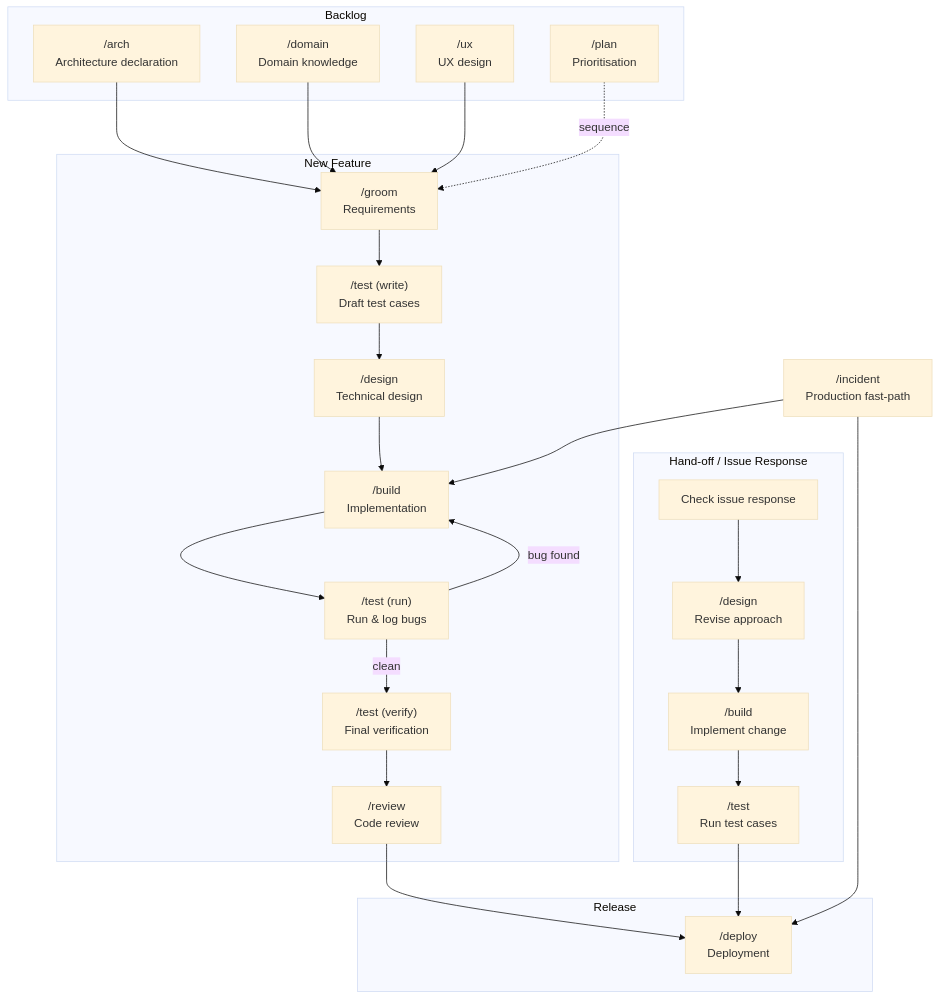
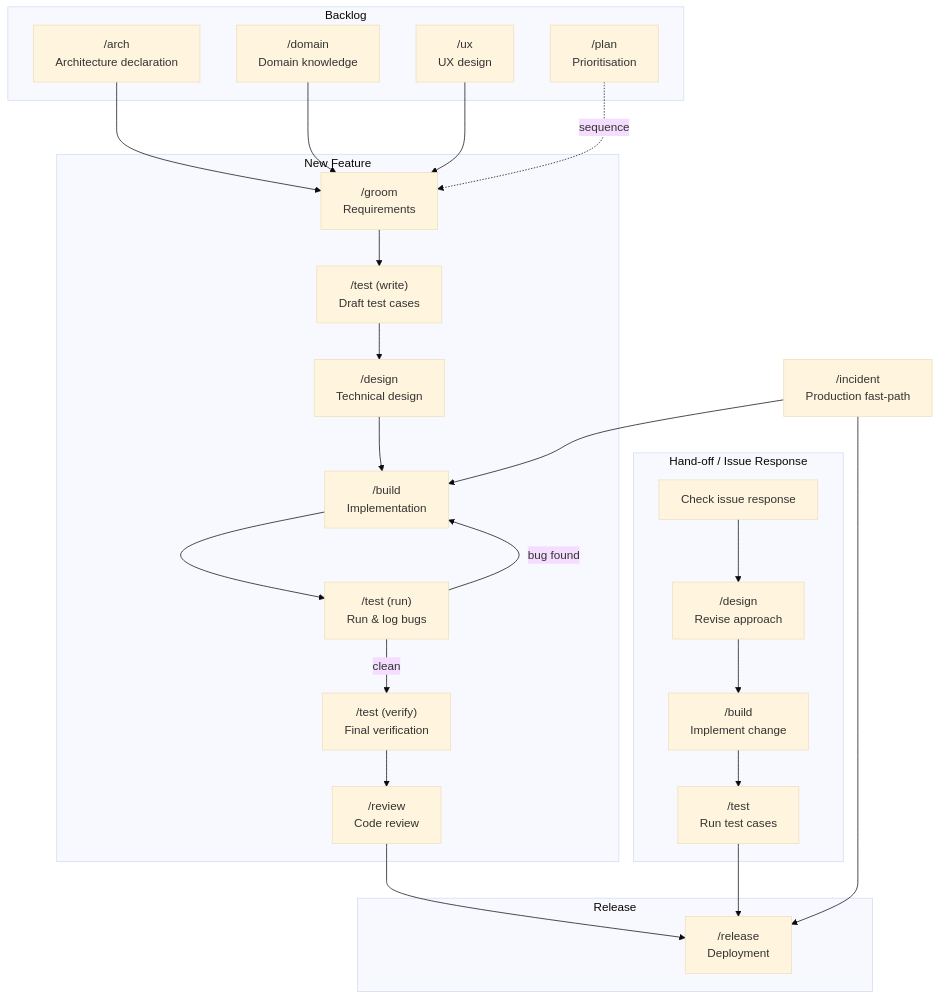
The diagram in README.md (the-psi/pai-orbit), drawn with Mermaid (base theme) before and after one commit. The commit also changed other lines of this file, not shown here.

First line of the commit message:
docs: update README for v1.3.0 — new commands, /release, /review security

````diff
--- a/README.md
+++ b/README.md
@@ -60,51 +62,51 @@
 ```mermaid
 flowchart TD
     subgraph BACKLOG["Backlog"]
         arch["/arch\nArchitecture declaration"]
         domain["/domain\nDomain knowledge"]
         ux["/ux\nUX design"]
         plan["/plan\nPrioritisation"]
     end
 
     subgraph FEATURE["New Feature"]
         groom["/groom\nRequirements"]
         testwrite["/test (write)\nDraft test cases"]
         design["/design\nTechnical design"]
         build["/build\nImplementation"]
         testrun["/test (run)\nRun & log bugs"]
         testverify["/test (verify)\nFinal verification"]
         review["/review\nCode review"]
     end
 
     subgraph HANDOFF["Hand-off / Issue Response"]
         issue["Check issue response"]
         design2["/design\nRevise approach"]
         build2["/build\nImplement change"]
         test2["/test\nRun test cases"]
     end
 
     subgraph RELEASE["Release"]
-        deploy["/deploy\nDeployment"]
+        release["/release\nDeployment"]
     end
 
     incident["/incident\nProduction fast-path"]
 
     arch & domain & ux --> groom
     plan -.->|sequence| groom
     groom --> testwrite
     testwrite --> design
     design --> build
     build --> testrun
     testrun -- bug found --> build
     testrun -- clean --> testverify
     testverify --> review
-    review --> deploy
+    review --> release
 
     issue --> design2
     design2 --> build2
     build2 --> test2
-    test2 --> deploy
+    test2 --> release
 
     incident --> build
-    incident --> deploy
+    incident --> release
 ```
````
